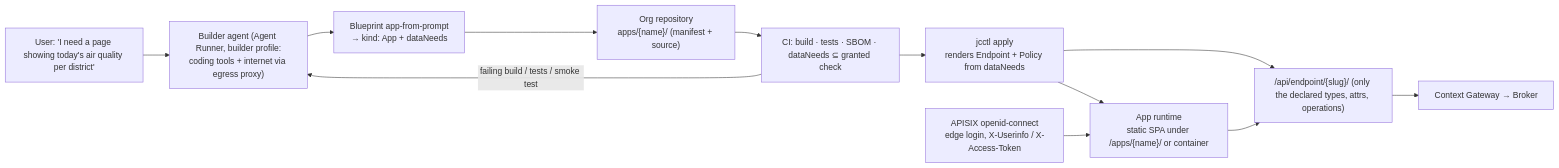
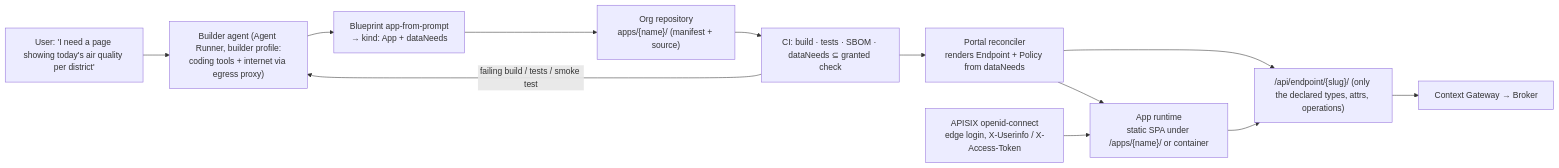
One commit to marek-mraz-jc/joinedcontext-docs changed the first of 2 diagrams in Architecture/16-apps-on-demand.md. Above: the diagram before and after it, drawn with Mermaid. The commit also changed other lines of this file, not shown here.

Commit message:
T-2168: Architecture 16: the tile route is one segment with the extension, and the Endpoint is rendered by the Portal reconciler (TS-19)

````diff
--- a/Architecture/16-apps-on-demand.md
+++ b/Architecture/16-apps-on-demand.md
@@ -10,15 +10,15 @@
 ```mermaid
 flowchart LR
     U["User: 'I need a page showing today's air quality per district'"]
     AG["Builder agent (Agent Runner, builder profile:<br/>coding tools + internet via egress proxy)"]
     BP["Blueprint app-from-prompt<br/>→ kind: App + dataNeeds"]
     REPO["Org repository<br/>apps/{name}/ (manifest + source)"]
     CI["CI: build · tests · SBOM · dataNeeds ⊆ granted check"]
-    REC["jcctl apply<br/>renders Endpoint + Policy from dataNeeds"]
+    REC["Portal reconciler<br/>renders Endpoint + Policy from dataNeeds"]
     EP["/api/endpoint/{slug}/ (only the declared types, attrs, operations)"]
     RUN["App runtime<br/>static SPA under /apps/{name}/ or container"]
     U --> AG --> BP --> REPO --> CI --> REC --> EP
     CI -- "failing build / tests / smoke test" --> AG
     REC --> RUN --> EP --> CB["Context Gateway → Broker"]
     EDGE["APISIX openid-connect<br/>edge login, X-Userinfo / X-Access-Token"] --> RUN
 ```
````
